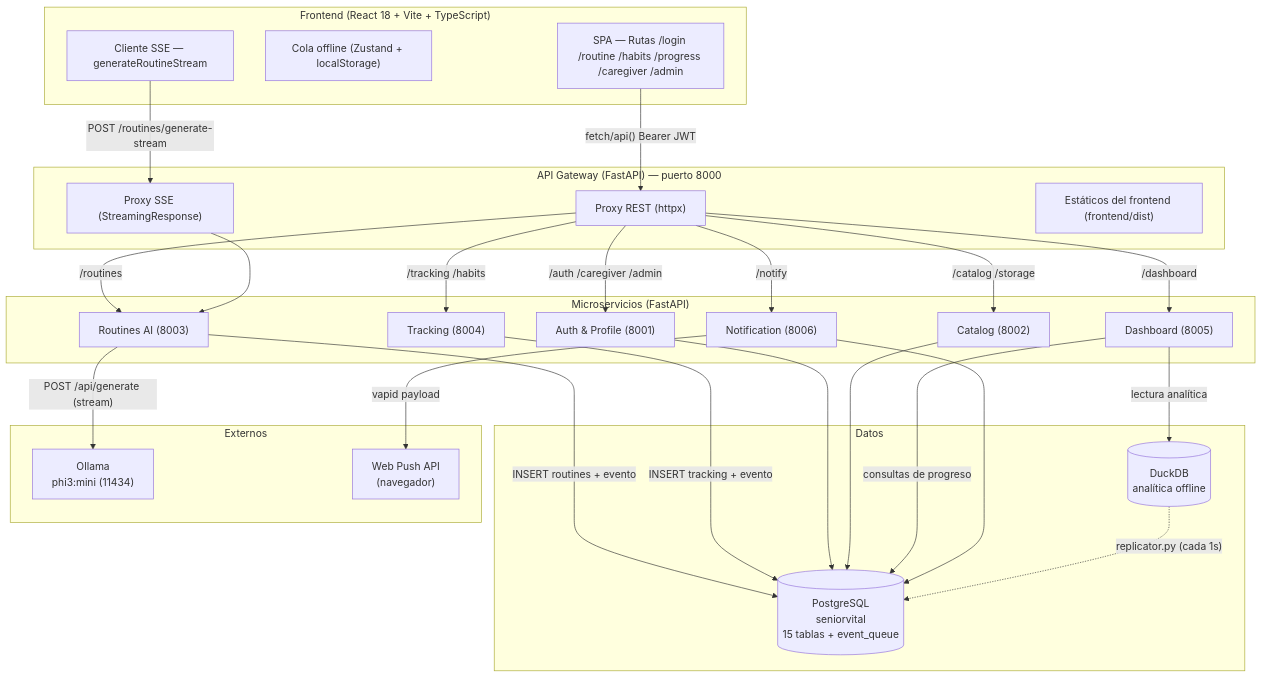
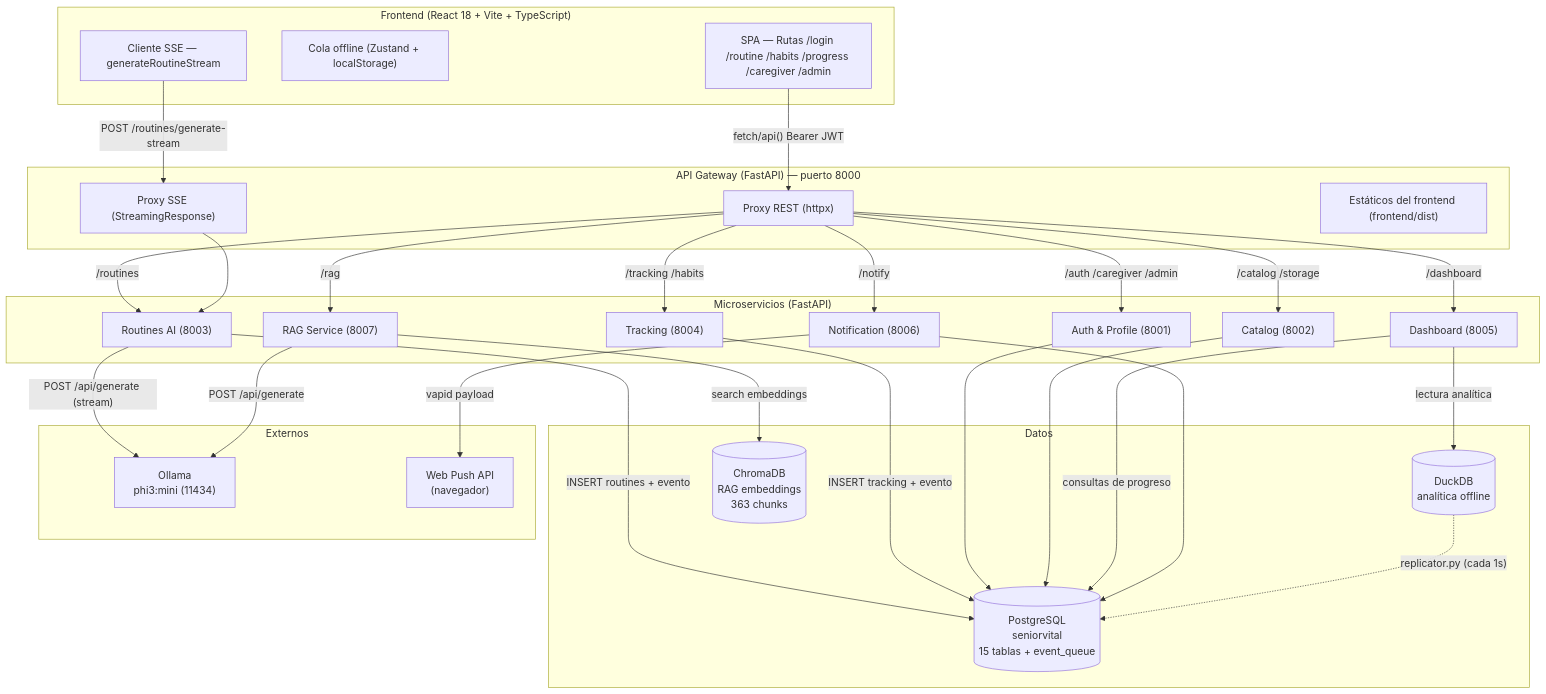
Before and after one commit to NAHMENSA/SeniorVital: the first of 5 diagrams in docs/architecture.mermaid.md, drawn with Mermaid. The commit also changed other lines of this file and 220 other files, not shown here.

````diff
--- a/docs/architecture.mermaid.md
+++ b/docs/architecture.mermaid.md
@@ -25,57 +25,62 @@
 ```mermaid
 graph TD
     subgraph Frontend["Frontend (React 18 + Vite + TypeScript)"]
         SPA["SPA — Rutas /login /routine /habits /progress /caregiver /admin"]
         OFFLINE["Cola offline (Zustand + localStorage)"]
         SSE["Cliente SSE — generateRoutineStream"]
     end
 
     subgraph Gateway["API Gateway (FastAPI) — puerto 8000"]
         PROXY["Proxy REST (httpx)"]
         STREAM["Proxy SSE (StreamingResponse)"]
         STATIC["Estáticos del frontend (frontend/dist)"]
     end
 
     subgraph Services["Microservicios (FastAPI)"]
         AUTH["Auth & Profile (8001)"]
         CAT["Catalog (8002)"]
         AI["Routines AI (8003)"]
         TRK["Tracking (8004)"]
         DASH["Dashboard (8005)"]
         NOTIF["Notification (8006)"]
+        RAG["RAG Service (8007)"]
     end
 
     subgraph Data["Datos"]
         PG[("PostgreSQL<br/>seniorvital<br/>15 tablas + event_queue")]
         DUCK[("DuckDB<br/>analítica offline")]
+        CHROMA[("ChromaDB<br/>RAG embeddings<br/>363 chunks")]
     end
 
     subgraph External["Externos"]
         OLLAMA["Ollama<br/>phi3:mini (11434)"]
         PUSH["Web Push API<br/>(navegador)"]
     end
 
     SPA -->|"fetch/api()  Bearer JWT"| PROXY
     SSE -->|"POST /routines/generate-stream"| STREAM
 
     PROXY -->|"/auth /caregiver /admin"| AUTH
     PROXY -->|"/catalog /storage"| CAT
     PROXY -->|"/routines"| AI
     PROXY -->|"/tracking /habits"| TRK
     PROXY -->|"/dashboard"| DASH
     PROXY -->|"/notify"| NOTIF
+    PROXY -->|"/rag"| RAG
 
     STREAM --> AI
 
     AI -->|"POST /api/generate (stream)"| OLLAMA
     AI -->|"INSERT routines + evento"| PG
+    RAG -->|"search embeddings"| CHROMA
+    RAG -->|"POST /api/generate"| OLLAMA
     TRK -->|"INSERT tracking + evento"| PG
     AUTH --> PG
     CAT --> PG
     DASH -->|"consultas de progreso"| PG
     DASH -->|"lectura analítica"| DUCK
     NOTIF -->|"vapid payload"| PUSH
     NOTIF --> PG
 
     DUCK -.->|"replicator.py (cada 1s)"| PG
 ```
````
